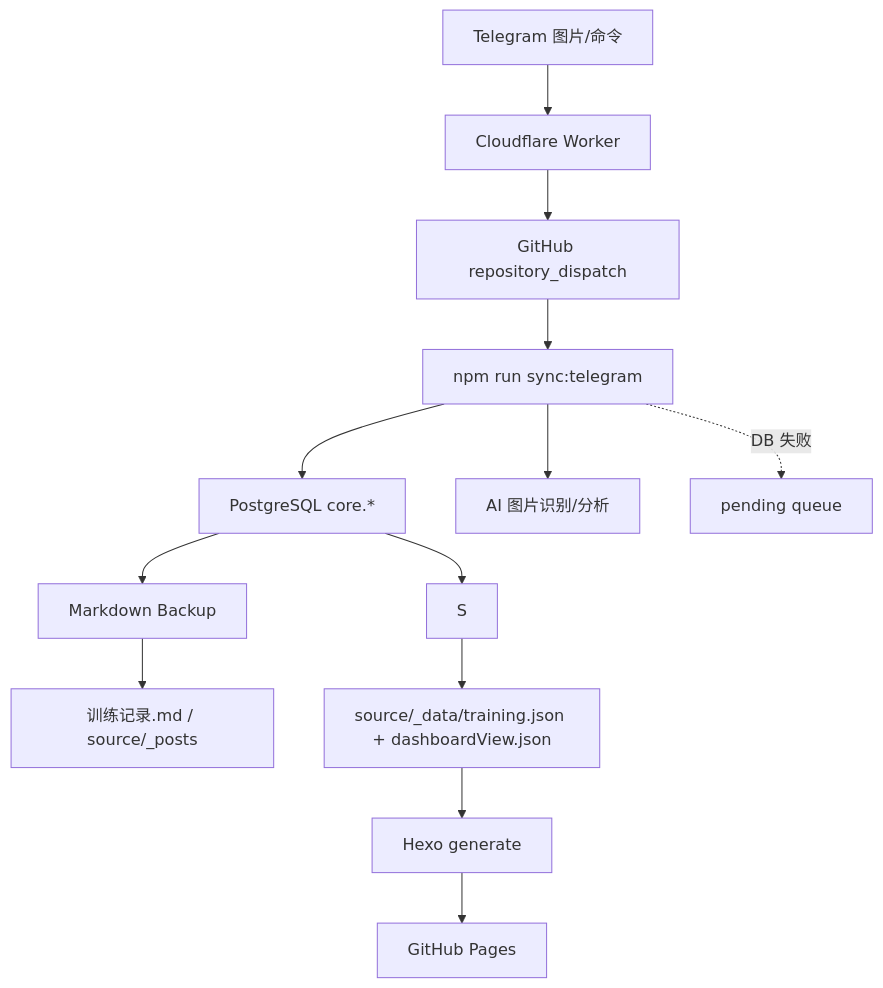
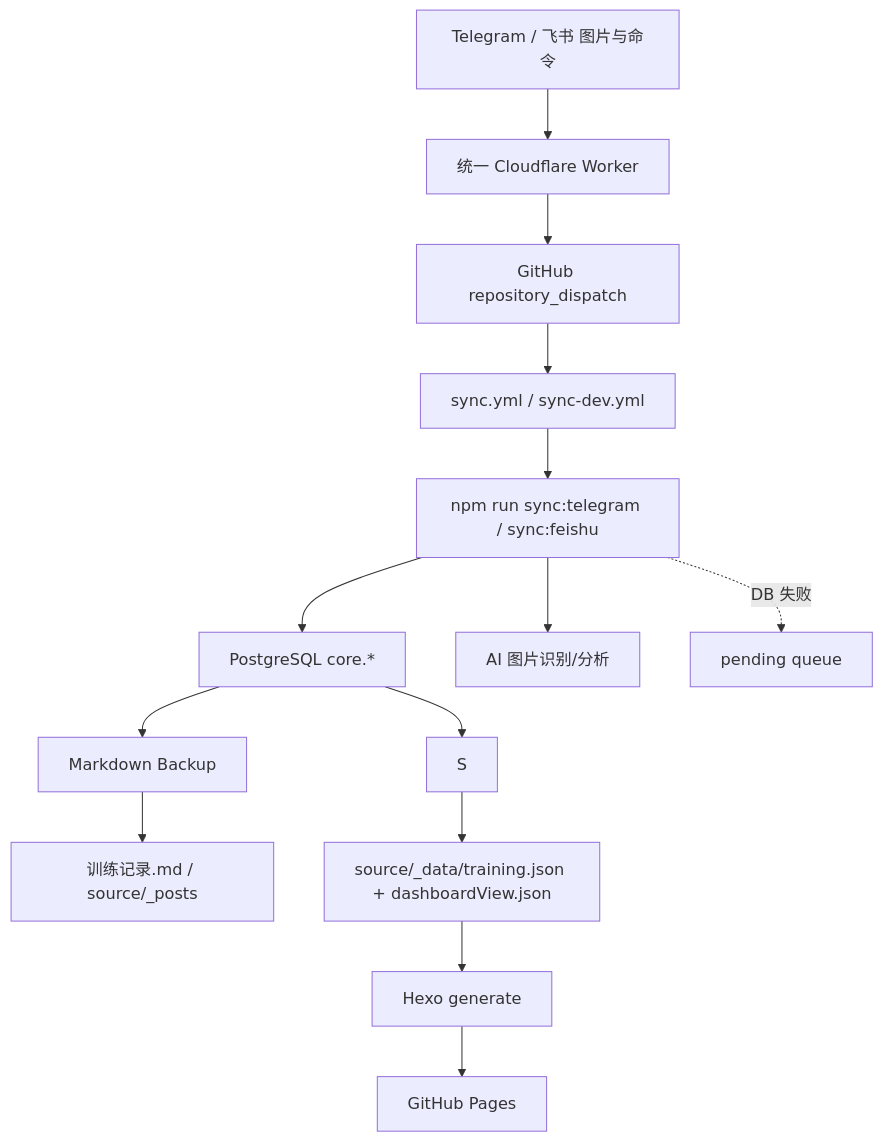
One commit to soulgo/training_records changed the diagram in README.md. Above: the diagram before and after it, drawn with Mermaid. The commit also changed other lines of this file and 45 other files, not shown here.

````diff
--- a/README.md
+++ b/README.md
@@ -32,15 +32,16 @@
 ```mermaid
 flowchart TD
   DB["PostgreSQL core.*"] --> S
-  TG["Telegram 图片/命令"] --> W["Cloudflare Worker"]
+  MSG["Telegram / 飞书 图片与命令"] --> W["统一 Cloudflare Worker"]
   W --> GH["GitHub repository_dispatch"]
-  GH --> SYNC["npm run sync:telegram"]
-  SYNC --> AI["AI 图片识别/分析"]
-  SYNC --> DB
-  SYNC -. "DB 失败" .-> Q["pending queue"]
+  GH --> SYNC["sync.yml / sync-dev.yml"]
+  SYNC --> CMD["npm run sync:telegram / sync:feishu"]
+  CMD --> AI["AI 图片识别/分析"]
+  CMD --> DB
+  CMD -. "DB 失败" .-> Q["pending queue"]
   DB --> BAK["Markdown Backup"]
   BAK --> A["训练记录.md / source/_posts"]
   S --> DATA["source/_data/training.json + dashboardView.json"]
   DATA --> HEXO["Hexo generate"]
   HEXO --> PAGES["GitHub Pages"]
 ```
````
